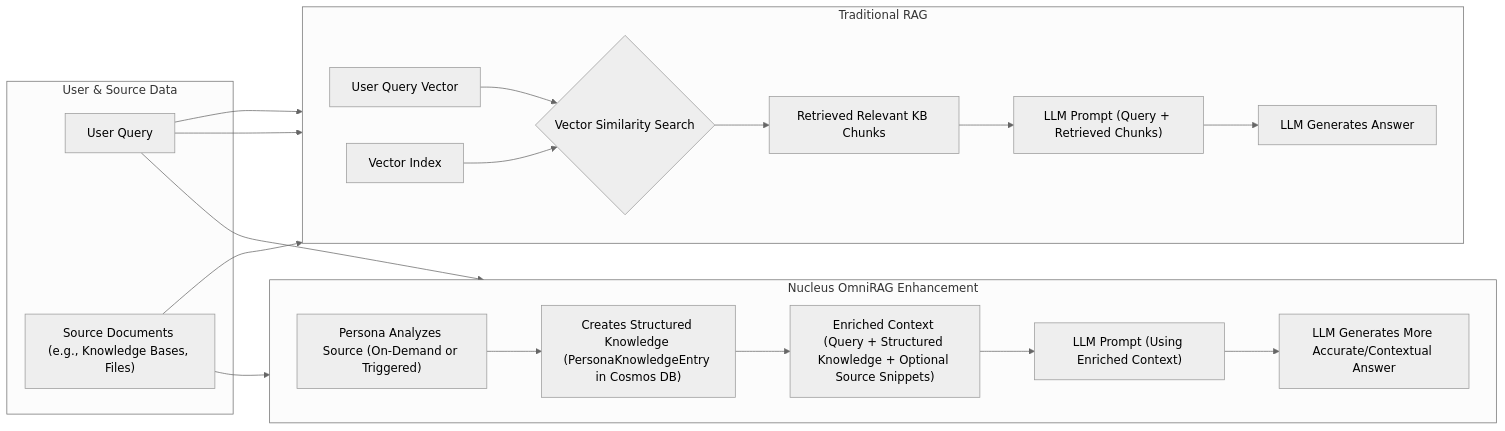
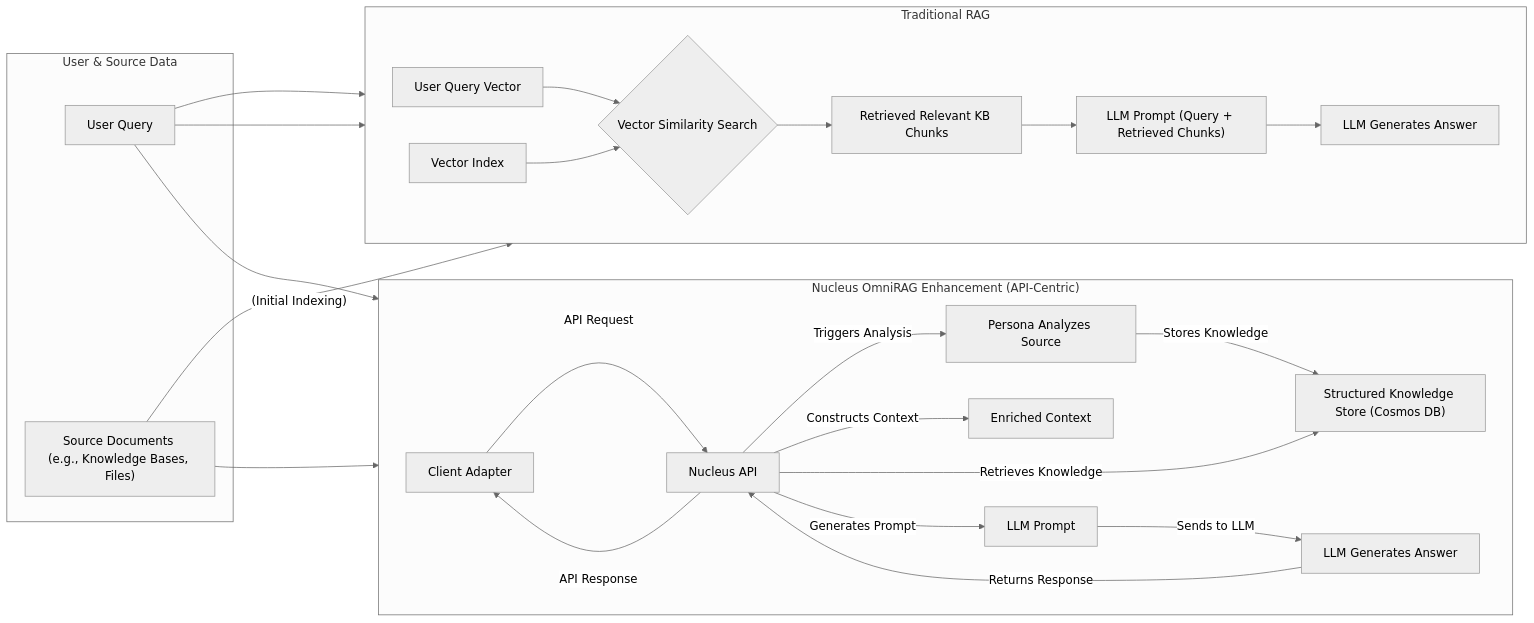
Before and after one commit to jfjordanfarr/Nucleus: the third of 4 diagrams in Docs/Architecture/00_ARCHITECTURE_OVERVIEW.md, drawn with Mermaid (neutral theme). The commit also changed other lines of this file and 168 other files, not shown here.

Commit message:
Namespace reorganization, first integration tests, API-first architecture

````diff
--- a/Docs/Architecture/00_ARCHITECTURE_OVERVIEW.md
+++ b/Docs/Architecture/00_ARCHITECTURE_OVERVIEW.md
@@ -263,42 +205,42 @@
 ```mermaid
 graph LR
     subgraph User & Source Data
         A["User Query"]
         B["Source Documents (e.g., Knowledge Bases, Files)"]
     end
 
     subgraph Traditional RAG
         direction LR
         C["User Query Vector"]
         D["Vector Index"]
         E{"Vector Similarity Search"}
         F["Retrieved Relevant KB Chunks"]
         G["LLM Prompt (Query + Retrieved Chunks)"]
         H["LLM Generates Answer"]
     end
 
-    subgraph Nucleus OmniRAG Enhancement
+    subgraph "Nucleus OmniRAG Enhancement (API-Centric)"
         direction LR
-        I["Persona Analyzes Source (On-Demand or Triggered)"]
-        J["Creates Structured Knowledge (PersonaKnowledgeEntry in Cosmos DB)"]
-        K["Enriched Context (Query + Structured Knowledge + Optional Source Snippets)"]
-        L["LLM Prompt (Using Enriched Context)"]
-        M["LLM Generates More Accurate/Contextual Answer"]
+        AA["Client Adapter"] -- API Request --> BB[Nucleus API]
+        BB -- Triggers Analysis --> I["Persona Analyzes Source"]
+        I -- Stores Knowledge --> J["Structured Knowledge Store (Cosmos DB)"]
+        BB -- Retrieves Knowledge --> J
+        BB -- Constructs Context --> K["Enriched Context"]
+        BB -- Generates Prompt --> L["LLM Prompt"]
+        L -- Sends to LLM --> M["LLM Generates Answer"]
+        M -- Returns Response --> BB
+        BB -- API Response --> AA
     end
+
+    A --> AA
+    B --> I
 
     A --> C
     C --> E
-    B --> D
+    B -- (Initial Indexing) --> D
     D --> E
     E --> F
     A --> G
     F --> G
     G --> H
-
-    A --> K
-    B --> I
-    I --> J
-    J --> K
-    K --> L
-    L --> M
 ```
````
